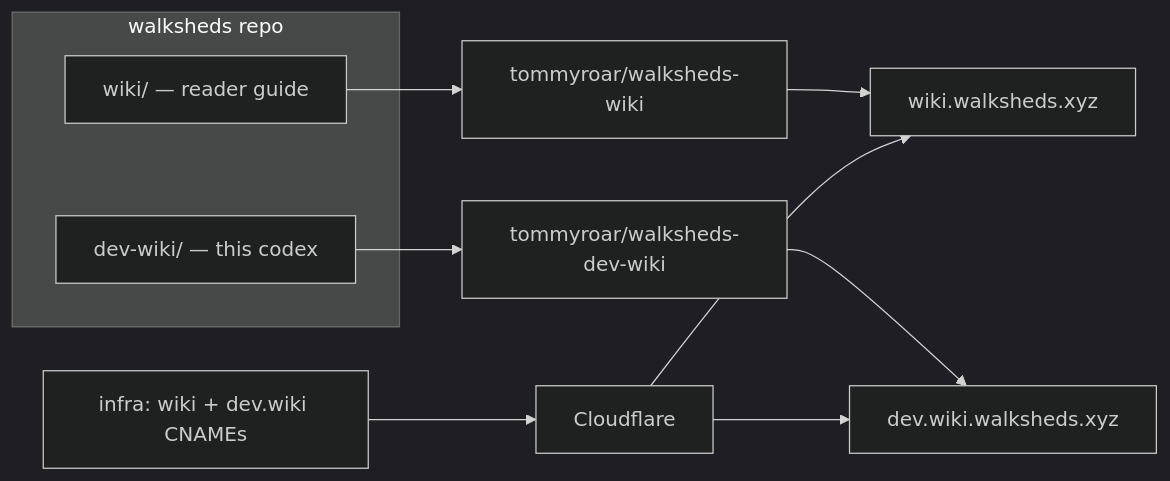
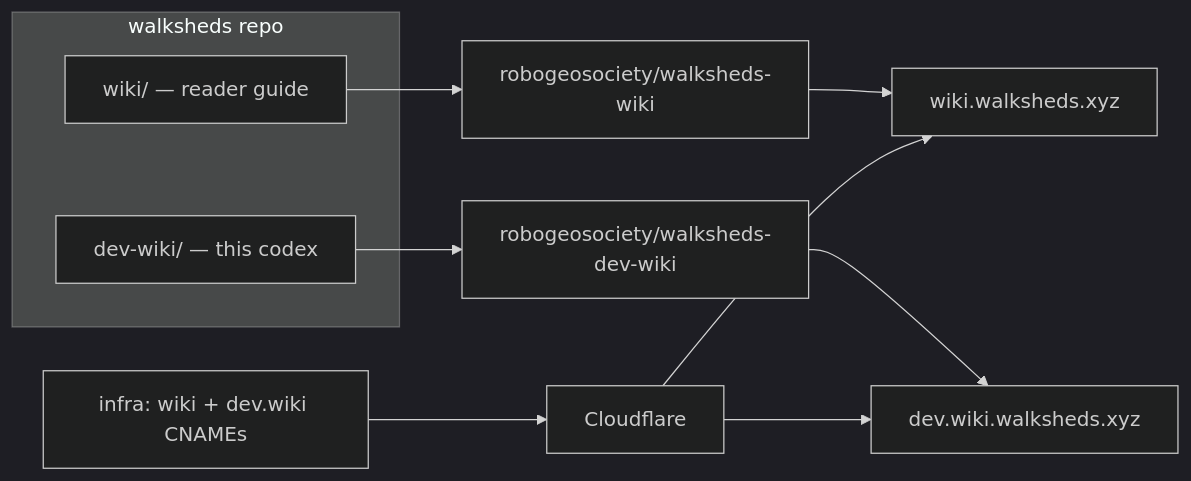
The second of 2 diagrams in docs/deployment.md (tommyroar/walksheds-dev-wiki), drawn with Mermaid (dark theme) before and after one commit. The commit also changed other lines of this file and 5 other files, not shown here.

Commit message:
chore: rename github URLs tommyroar → robogeosociety

````diff
--- a/docs/deployment.md
+++ b/docs/deployment.md
@@ -62,11 +62,11 @@
 ```mermaid
 flowchart LR
   subgraph mono[walksheds repo]
     W[wiki/ — reader guide]
     D[dev-wiki/ — this codex]
   end
-  W --> WR[tommyroar/walksheds-wiki] --> WS[wiki.walksheds.xyz]
-  D --> DR[tommyroar/walksheds-dev-wiki] --> DS[dev.wiki.walksheds.xyz]
+  W --> WR[robogeosociety/walksheds-wiki] --> WS[wiki.walksheds.xyz]
+  D --> DR[robogeosociety/walksheds-dev-wiki] --> DS[dev.wiki.walksheds.xyz]
   TF[infra: wiki + dev.wiki CNAMEs] --> CF[Cloudflare] --> WS
   CF --> DS
 ```
````
